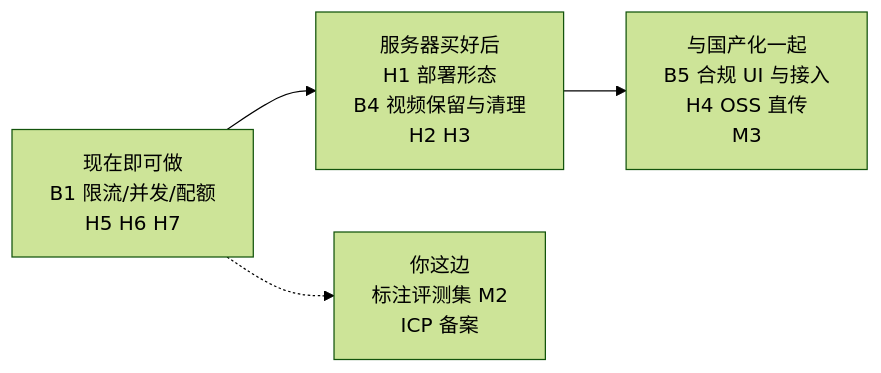
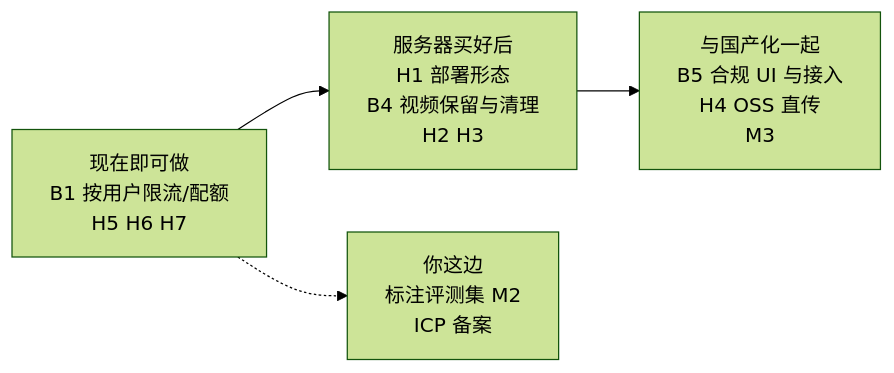
One commit to cherylma1223/Topstar changed the diagram in docs/arch/Topstar_上线检查清单.md. Above: the diagram before and after it, drawn with Mermaid (forest theme). The commit also changed other lines of this file and 1 other file, not shown here.

````diff
--- a/docs/arch/Topstar_上线检查清单.md
+++ b/docs/arch/Topstar_上线检查清单.md
@@ -167,6 +188,6 @@
 ```mermaid
 flowchart LR
-    A["现在即可做<br/>B1 限流/并发/配额<br/>H5 H6 H7"] --> B["服务器买好后<br/>H1 部署形态<br/>B4 视频保留与清理<br/>H2 H3"]
+    A["现在即可做<br/>B1 按用户限流/配额<br/>H5 H6 H7"] --> B["服务器买好后<br/>H1 部署形态<br/>B4 视频保留与清理<br/>H2 H3"]
     B --> C["与国产化一起<br/>B5 合规 UI 与接入<br/>H4 OSS 直传<br/>M3"]
     A -.-> D["你这边<br/>标注评测集 M2<br/>ICP 备案"]
 ```
````
